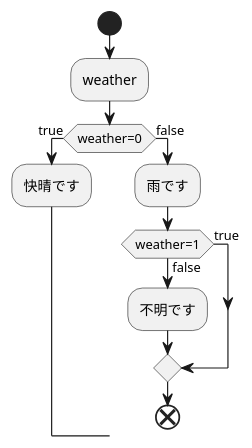
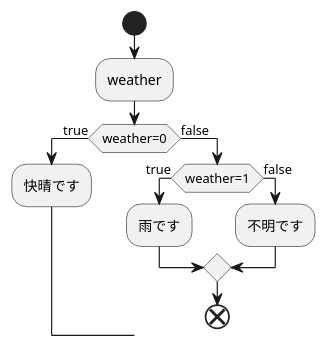
Before and after one commit to aso2001389/2021system: the diagram in kadai4_4.md, drawn with PlantUML. The commit also changed other lines of this file, not shown here.

````diff
--- a/kadai4_4.md
+++ b/kadai4_4.md
@@ -1,15 +1,15 @@
 ```uml
 @startuml
 start
 :weather;
 if(weather=0)then(true)
 :快晴です;
 else(false)
+if(weather=1)then(true)
 :雨です;
-if(weather=1)then(true)
 else(false)
 :不明です;
 endif
 end
 @enduml
 ```
````
